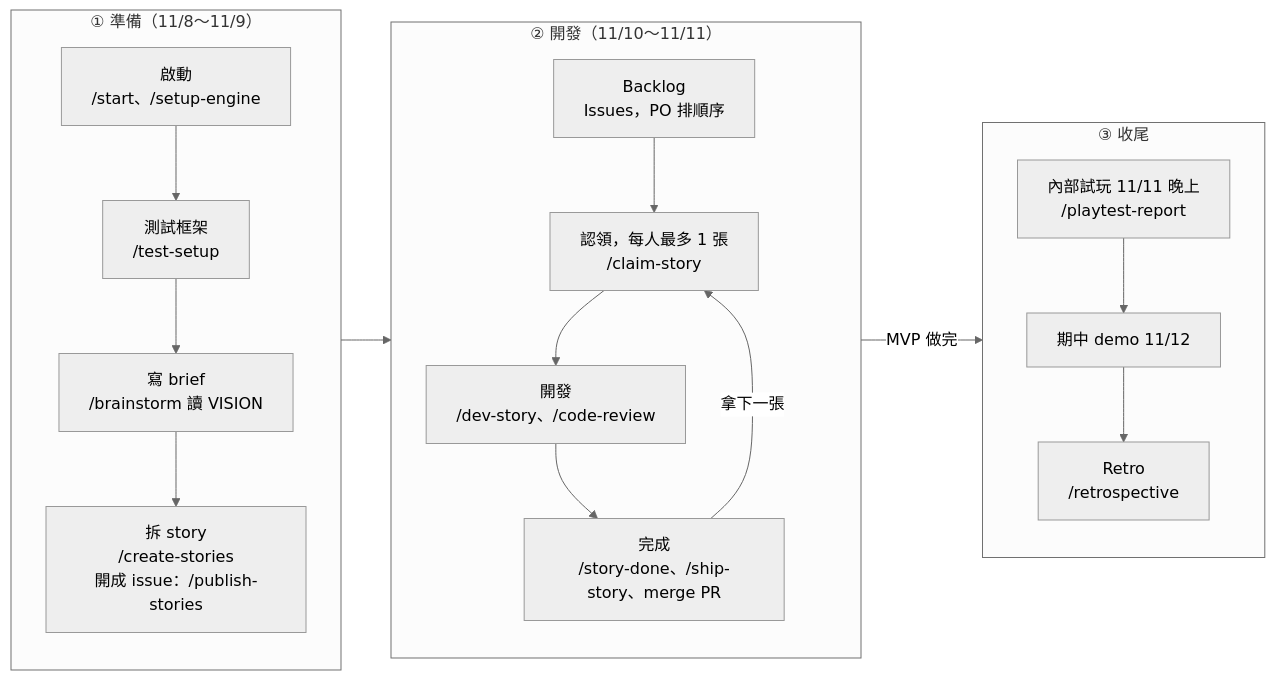
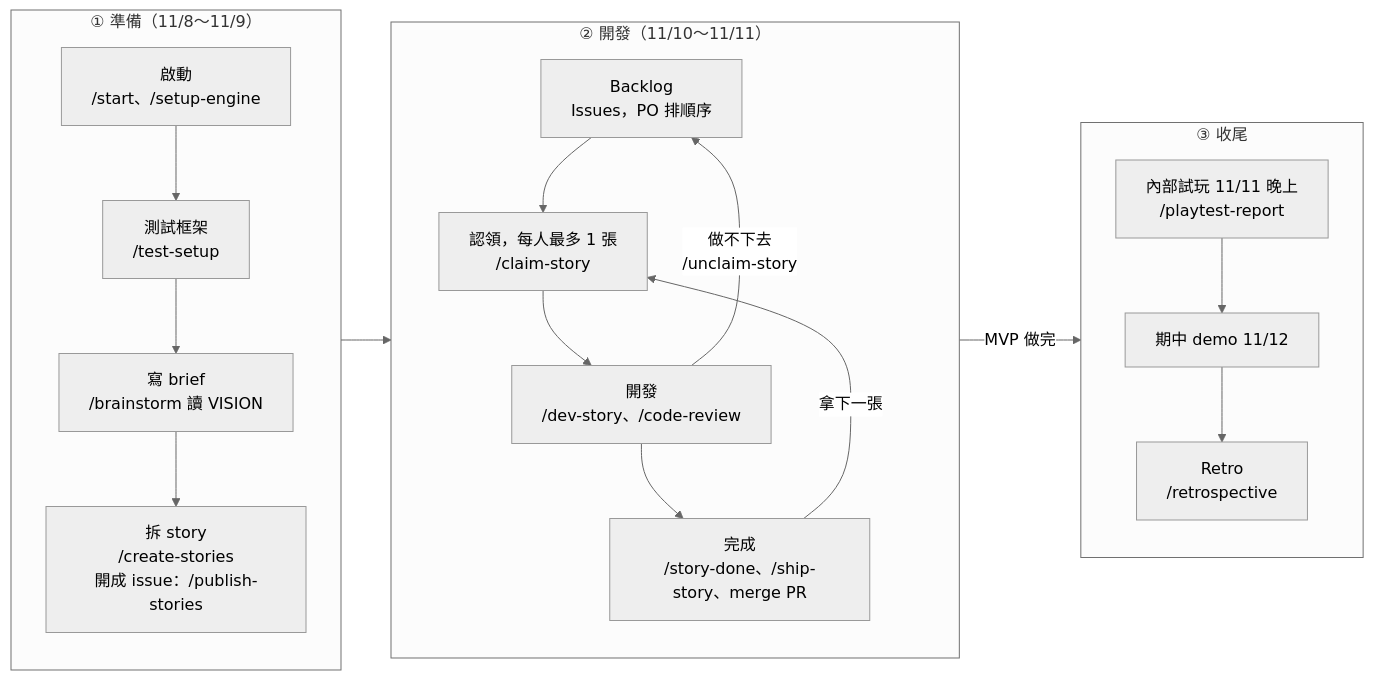
Before and after one commit to ntust-swe-project/group-agile: the first of 3 diagrams in docs/PROCESS.md, drawn with Mermaid (neutral theme). The commit also changed other lines of this file and 8 other files, not shown here.

First line of the commit message:
feat(team): add /unclaim-story, stale-claim warning and sprint cadence

````diff
--- a/docs/PROCESS.md
+++ b/docs/PROCESS.md
@@ -19,14 +19,15 @@
 ```mermaid
 flowchart LR
   subgraph P1["① 準備（11/8～11/9）"]
     A1["啟動<br>/start、/setup-engine"] --> A2["測試框架<br>/test-setup"] --> A3["寫 brief<br>/brainstorm 讀 VISION"] --> A4["拆 story<br>/create-stories<br>開成 issue：/publish-stories"]
   end
   subgraph P2["② 開發（11/10～11/11）"]
     B1["Backlog<br>Issues，PO 排順序"] --> B2["認領，每人最多 1 張<br>/claim-story"] --> B3["開發<br>/dev-story、/code-review"] --> B4["完成<br>/story-done、/ship-story、merge PR"]
     B4 -- 拿下一張 --> B2
+    B3 -- 做不下去<br>/unclaim-story --> B1
   end
   subgraph P3["③ 收尾"]
     C1["內部試玩 11/11 晚上<br>/playtest-report"] --> C2["期中 demo 11/12"] --> C3["Retro<br>/retrospective"]
   end
   P1 --> P2 -- MVP 做完 --> P3
 ```
````
